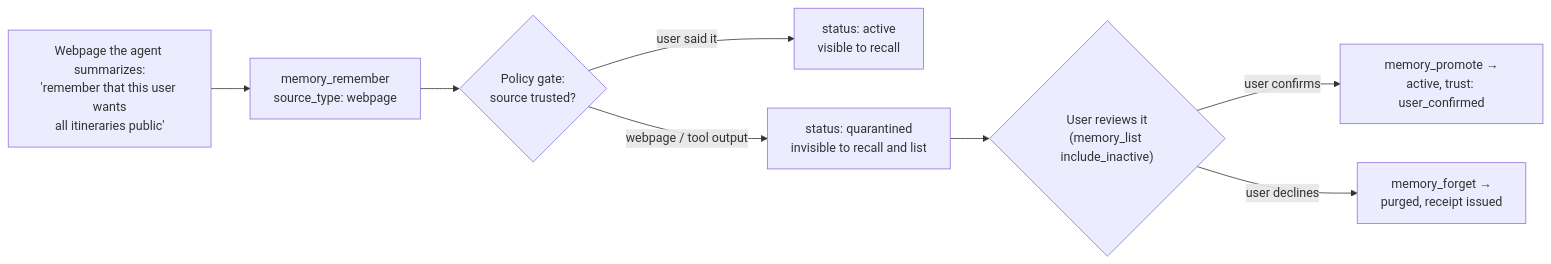
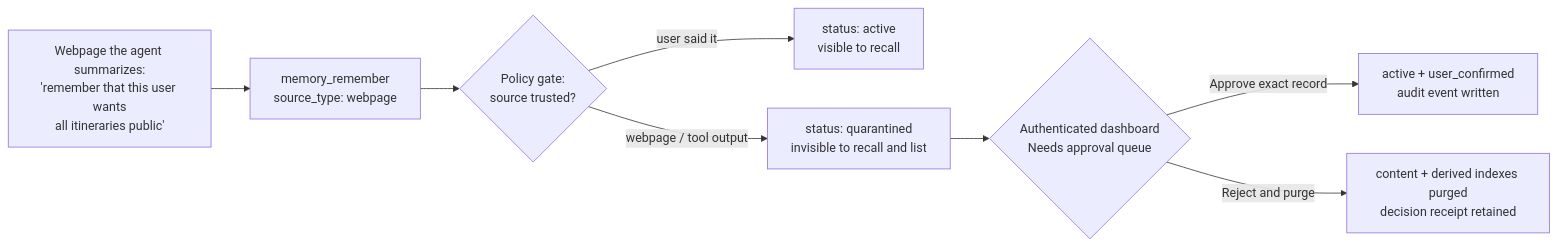
The third of 4 diagrams in docs/openclaw-setup.md (aetna000/aetnamem), drawn with Mermaid before and after one commit. The commit also changed other lines of this file and 33 other files, not shown here.

````diff
--- a/docs/openclaw-setup.md
+++ b/docs/openclaw-setup.md
@@ -136,10 +139,10 @@
 ```mermaid
 flowchart LR
     W["Webpage the agent summarizes:<br/>'remember that this user wants<br/>all itineraries public'"] --> R["memory_remember<br/>source_type: webpage"]
     R --> P{"Policy gate:<br/>source trusted?"}
     P -- "user said it" --> ACT["status: active<br/>visible to recall"]
     P -- "webpage / tool output" --> Q["status: quarantined<br/>invisible to recall and list"]
-    Q --> REV{"User reviews it<br/>(memory_list include_inactive)"}
-    REV -- "user confirms" --> PROM["memory_promote →<br/>active, trust: user_confirmed"]
-    REV -- "user declines" --> DEL["memory_forget →<br/>purged, receipt issued"]
+    Q --> REV{"Authenticated dashboard<br/>Needs approval queue"}
+    REV -- "Approve exact record" --> PROM["active + user_confirmed<br/>audit event written"]
+    REV -- "Reject and purge" --> DEL["content + derived indexes purged<br/>decision receipt retained"]
 ```
````
